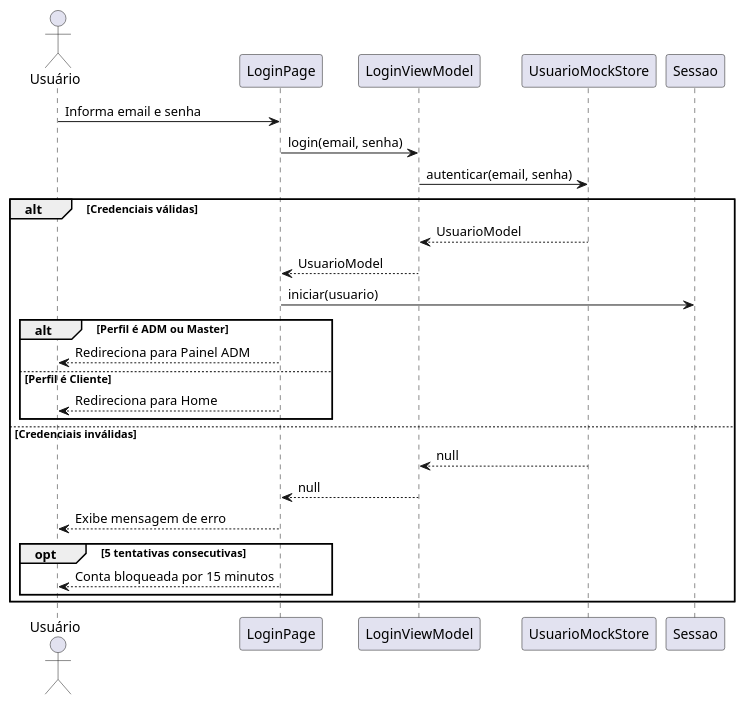
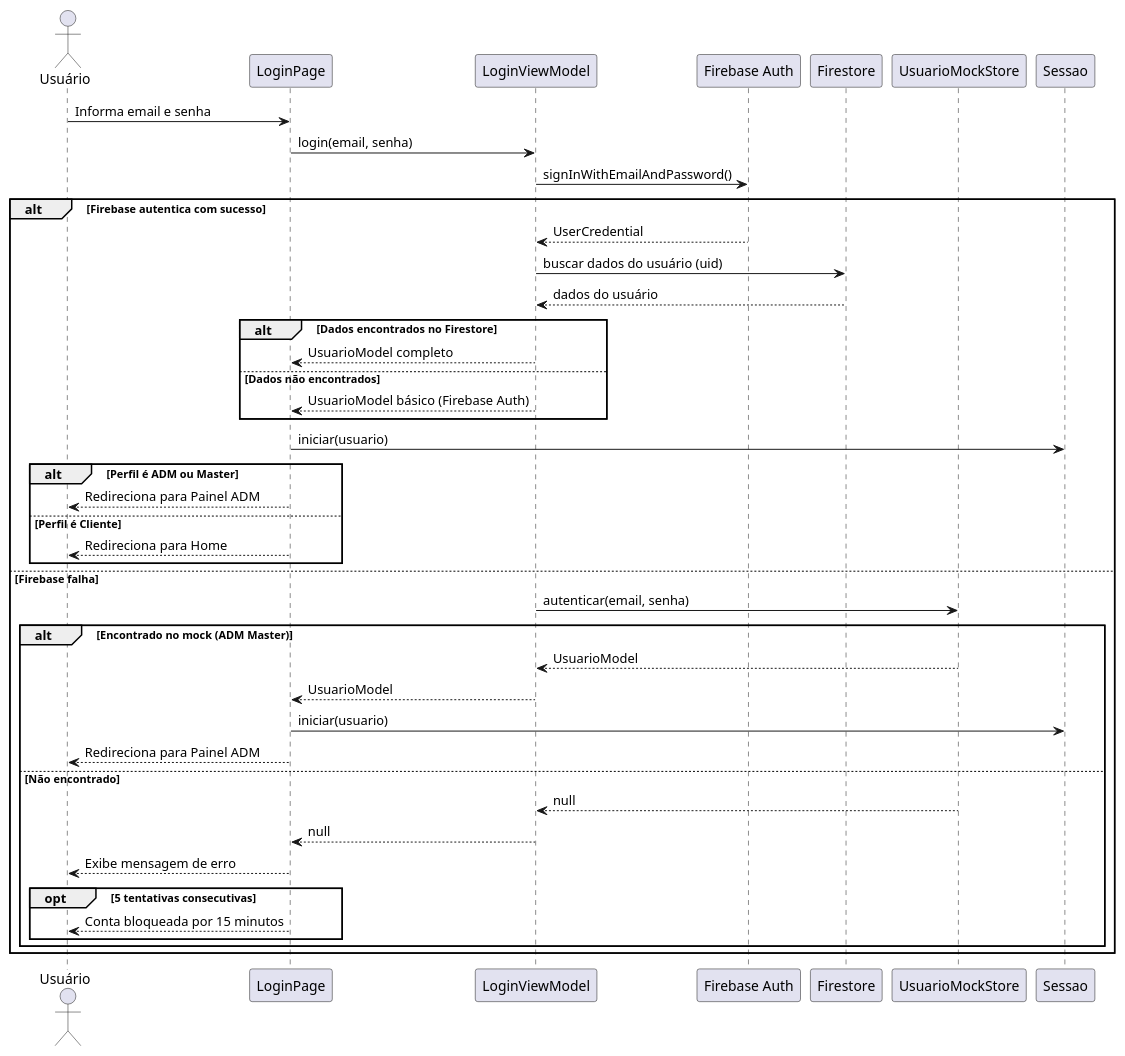
One commit to Tesch-MatheusG/BarraHotel_App01 changed the diagram in docs/diagramas/sequencia/login.puml. Above: the diagram before and after it, drawn with PlantUML. The commit also changed 3 other files, not shown here.

Commit message:
docs: Atualiza alguns dos diagramas para utilizar firebase

```diff
--- a/docs/diagramas/sequencia/login.puml
+++ b/docs/diagramas/sequencia/login.puml
@@ -1,32 +1,51 @@
 @startuml Login
 actor Usuário
 participant "LoginPage" as LP
 participant "LoginViewModel" as LVM
+participant "Firebase Auth" as FA
+participant "Firestore" as FS
 participant "UsuarioMockStore" as UMS
 participant "Sessao" as S
 
 Usuário -> LP: Informa email e senha
 LP -> LVM: login(email, senha)
-LVM -> UMS: autenticar(email, senha)
+LVM -> FA: signInWithEmailAndPassword()
 
-alt Credenciais válidas
-    UMS --> LVM: UsuarioModel
-    LVM --> LP: UsuarioModel
+alt Firebase autentica com sucesso
+    FA --> LVM: UserCredential
+    LVM -> FS: buscar dados do usuário (uid)
+    FS --> LVM: dados do usuário
+
+    alt Dados encontrados no Firestore
+        LVM --> LP: UsuarioModel completo
+    else Dados não encontrados
+        LVM --> LP: UsuarioModel básico (Firebase Auth)
+    end
+
     LP -> S: iniciar(usuario)
 
     alt Perfil é ADM ou Master
         LP --> Usuário: Redireciona para Painel ADM
     else Perfil é Cliente
         LP --> Usuário: Redireciona para Home
     end
 
-else Credenciais inválidas
-    UMS --> LVM: null
-    LVM --> LP: null
-    LP --> Usuário: Exibe mensagem de erro
+else Firebase falha
+    LVM -> UMS: autenticar(email, senha)
 
-    opt 5 tentativas consecutivas
-        LP --> Usuário: Conta bloqueada por 15 minutos
+    alt Encontrado no mock (ADM Master)
+        UMS --> LVM: UsuarioModel
+        LVM --> LP: UsuarioModel
+        LP -> S: iniciar(usuario)
+        LP --> Usuário: Redireciona para Painel ADM
+    else Não encontrado
+        UMS --> LVM: null
+        LVM --> LP: null
+        LP --> Usuário: Exibe mensagem de erro
+
+        opt 5 tentativas consecutivas
+            LP --> Usuário: Conta bloqueada por 15 minutos
+        end
     end
 end
 @enduml
```
